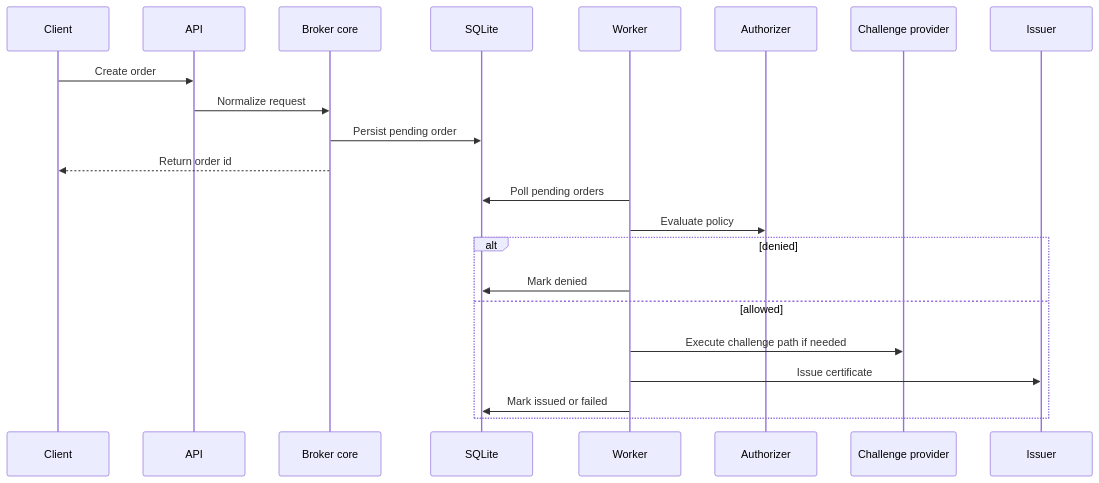
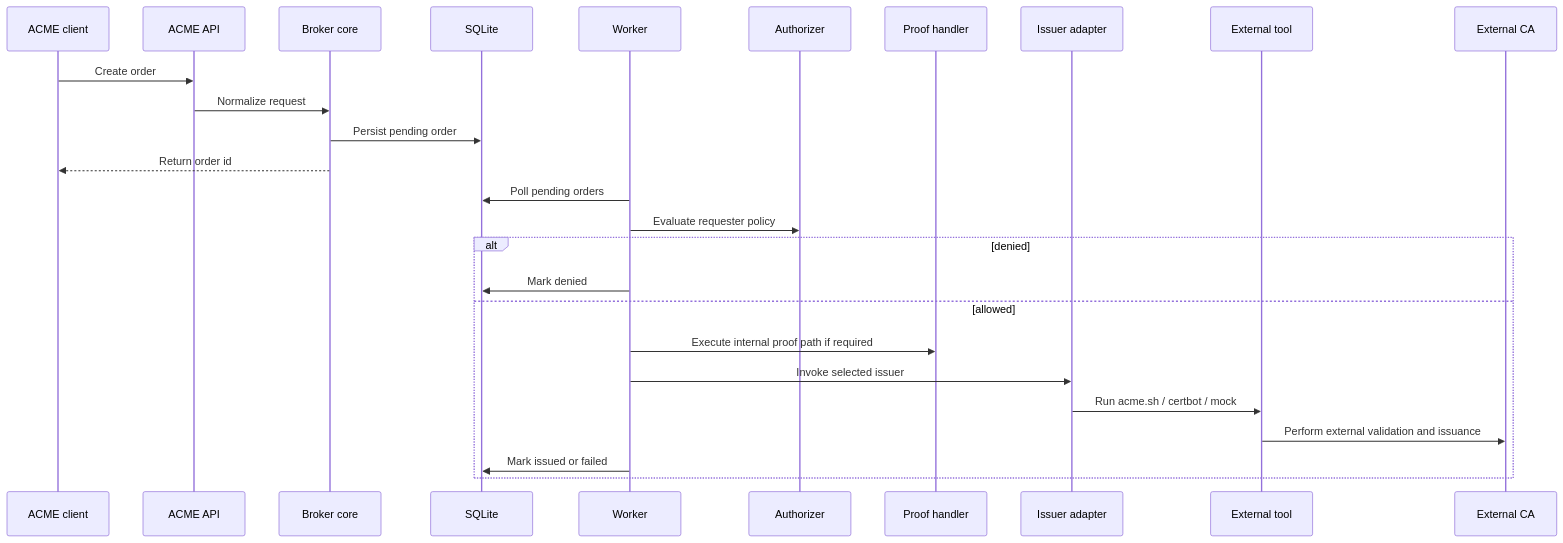
The second of 2 diagrams in docs/architecture.md (rohzb/acmed), drawn with Mermaid before and after one commit. The commit also changed other lines of this file and 11 other files, not shown here.

````diff
--- a/docs/architecture.md
+++ b/docs/architecture.md
@@ -140,25 +161,29 @@
 ```mermaid
 sequenceDiagram
-  participant C as Client
-  participant A as API
+  participant C as ACME client
+  participant A as ACME API
   participant B as Broker core
   participant D as SQLite
   participant W as Worker
   participant Z as Authorizer
-  participant P as Challenge provider
-  participant I as Issuer
+  participant P as Proof handler
+  participant I as Issuer adapter
+  participant T as External tool
+  participant E as External CA
 
   C->>A: Create order
   A->>B: Normalize request
   B->>D: Persist pending order
   B-->>C: Return order id
   W->>D: Poll pending orders
-  W->>Z: Evaluate policy
+  W->>Z: Evaluate requester policy
   alt denied
     W->>D: Mark denied
   else allowed
-    W->>P: Execute challenge path if needed
-    W->>I: Issue certificate
+    W->>P: Execute internal proof path if required
+    W->>I: Invoke selected issuer
+    I->>T: Run acme.sh / certbot / mock
+    T->>E: Perform external validation and issuance
     W->>D: Mark issued or failed
   end
 ```
````
